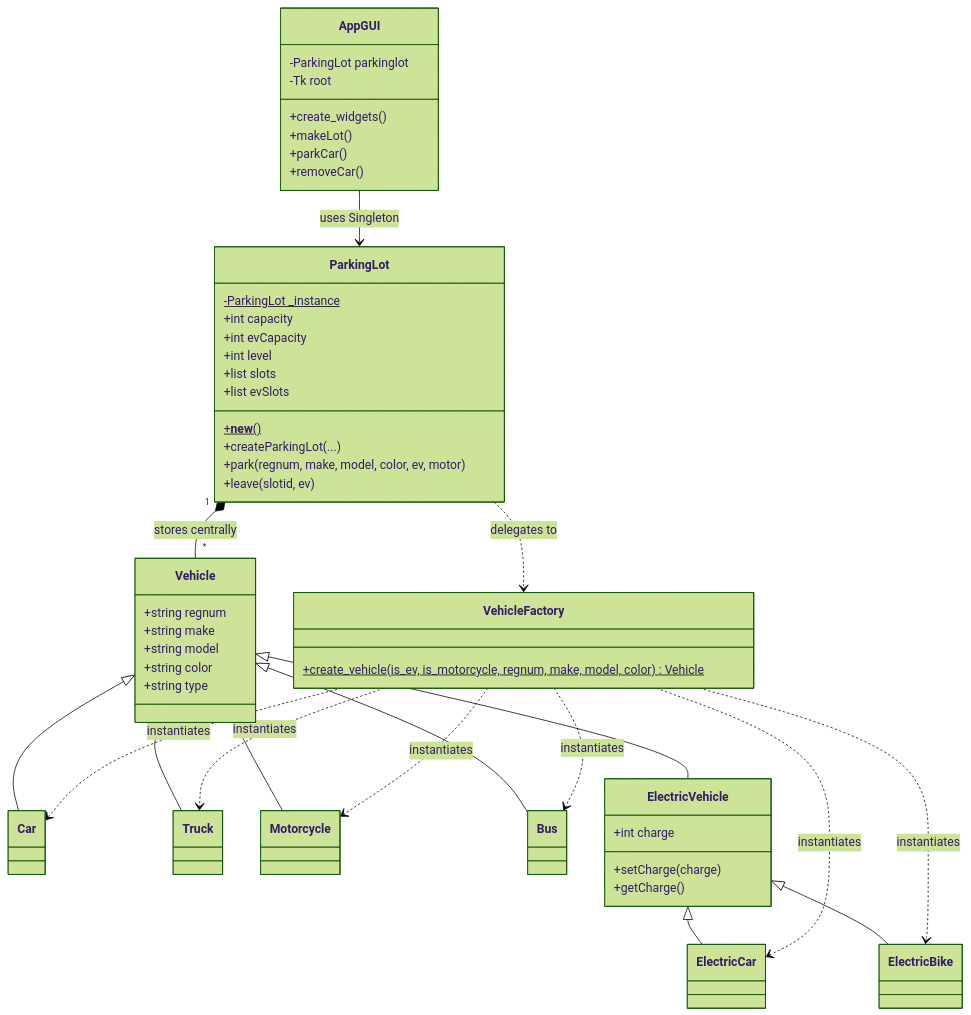
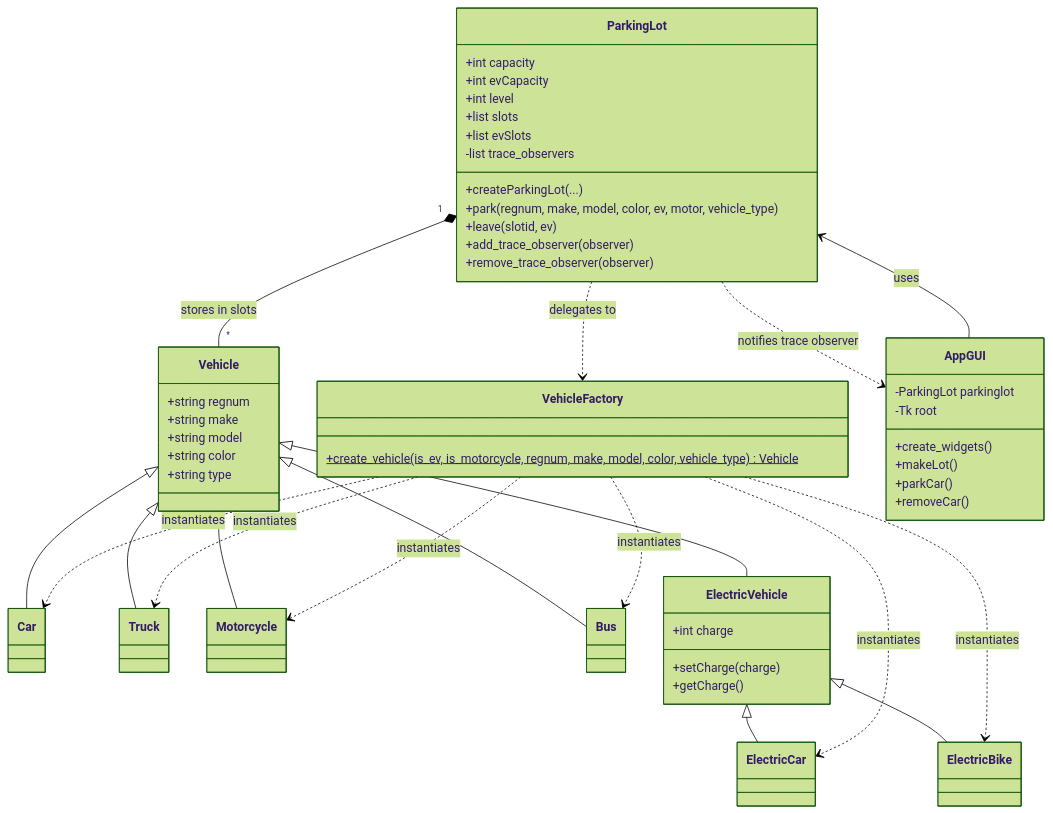
One commit to phuocnguyen90/msse changed the third of 4 diagrams in project_3_software_design/11_UML_Diagrams.md. Above: the diagram before and after it, drawn with Mermaid (forest theme). The commit also changed other lines of this file and 7 other files, not shown here.

````diff
--- a/project_3_software_design/11_UML_Diagrams.md
+++ b/project_3_software_design/11_UML_Diagrams.md
@@ -108,66 +108,68 @@
 ```mermaid
 classDiagram
     class ParkingLot {
-        -ParkingLot _instance$
         +int capacity
         +int evCapacity
         +int level
         +list slots
         +list evSlots
-        +__new__()$
+        -list trace_observers
         +createParkingLot(...)
-        +park(regnum, make, model, color, ev, motor)
+        +park(regnum, make, model, color, ev, motor, vehicle_type)
         +leave(slotid, ev)
+        +add_trace_observer(observer)
+        +remove_trace_observer(observer)
     }
     
     class VehicleFactory {
-        +create_vehicle(is_ev, is_motorcycle, regnum, make, model, color)$ Vehicle
+        +create_vehicle(is_ev, is_motorcycle, regnum, make, model, color, vehicle_type)$ Vehicle
     }
     
     class Vehicle {
         +string regnum
         +string make
         +string model
         +string color
         +string type
     }
     class Car
     class Truck
     class Motorcycle
     class Bus
     class ElectricVehicle {
         +int charge
         +setCharge(charge)
         +getCharge()
     }
     class ElectricCar
     class ElectricBike
     
     Vehicle <|-- Car
     Vehicle <|-- Truck
     Vehicle <|-- Motorcycle
     Vehicle <|-- Bus
     Vehicle <|-- ElectricVehicle
     ElectricVehicle <|-- ElectricCar
     ElectricVehicle <|-- ElectricBike
     
     ParkingLot ..> VehicleFactory : delegates to
     VehicleFactory ..> Car : instantiates
     VehicleFactory ..> Truck : instantiates
     VehicleFactory ..> Motorcycle : instantiates
     VehicleFactory ..> Bus : instantiates
     VehicleFactory ..> ElectricCar : instantiates
     VehicleFactory ..> ElectricBike : instantiates
     
-    ParkingLot "1" *-- "*" Vehicle : stores centrally
+    ParkingLot "1" *-- "*" Vehicle : stores in slots
     
     class AppGUI {
         -ParkingLot parkinglot
         -Tk root
         +create_widgets()
         +makeLot()
         +parkCar()
         +removeCar()
     }
-    AppGUI --> ParkingLot : uses Singleton
+    AppGUI --> ParkingLot : uses
+    ParkingLot ..> AppGUI : notifies trace observer
 ```
````
